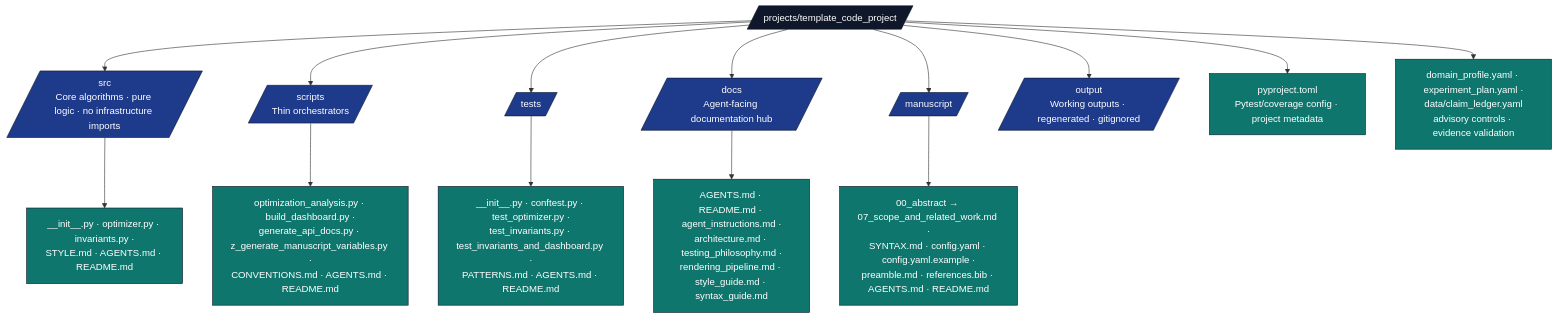
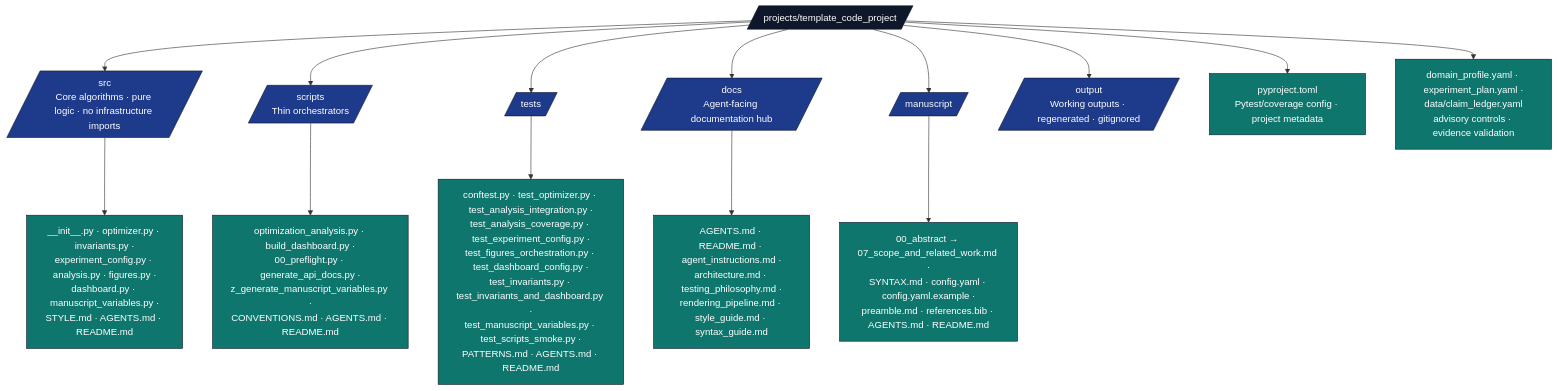
One commit to docxology/template changed the diagram in projects/template_code_project/AGENTS.md. Above: the diagram before and after it, drawn with Mermaid. The commit also changed other lines of this file and 424 other files, not shown here.

````diff
--- a/projects/template_code_project/AGENTS.md
+++ b/projects/template_code_project/AGENTS.md
@@ -50,25 +50,25 @@
 ```mermaid
 flowchart TB
     P[/projects/template_code_project/]
     P --> SRC[/src<br/>Core algorithms · pure logic · no infrastructure imports/]
     P --> SC[/scripts<br/>Thin orchestrators/]
     P --> T[/tests/]
     P --> DOCS[/docs<br/>Agent-facing documentation hub/]
     P --> M[/manuscript/]
     P --> OUT[/output<br/>Working outputs · regenerated · gitignored/]
     P --> PY[pyproject.toml<br/>Pytest/coverage config · project metadata]
     P --> DP[domain_profile.yaml · experiment_plan.yaml ·<br/>data/claim_ledger.yaml<br/>advisory controls · evidence validation]
 
-    SRC --> SRC_F[__init__.py · optimizer.py · invariants.py ·<br/>STYLE.md · AGENTS.md · README.md]
-    SC --> SC_F[optimization_analysis.py · build_dashboard.py ·<br/>generate_api_docs.py · z_generate_manuscript_variables.py ·<br/>CONVENTIONS.md · AGENTS.md · README.md]
-    T --> T_F[__init__.py · conftest.py · test_optimizer.py ·<br/>test_invariants.py · test_invariants_and_dashboard.py ·<br/>PATTERNS.md · AGENTS.md · README.md]
+    SRC --> SRC_F[__init__.py · optimizer.py · invariants.py ·<br/>experiment_config.py · analysis.py · figures.py ·<br/>dashboard.py · manuscript_variables.py ·<br/>STYLE.md · AGENTS.md · README.md]
+    SC --> SC_F[optimization_analysis.py · build_dashboard.py ·<br/>00_preflight.py · generate_api_docs.py ·<br/>z_generate_manuscript_variables.py ·<br/>CONVENTIONS.md · AGENTS.md · README.md]
+    T --> T_F[conftest.py · test_optimizer.py · test_analysis_integration.py ·<br/>test_analysis_coverage.py · test_experiment_config.py ·<br/>test_figures_orchestration.py · test_dashboard_config.py ·<br/>test_invariants.py · test_invariants_and_dashboard.py ·<br/>test_manuscript_variables.py · test_scripts_smoke.py ·<br/>PATTERNS.md · AGENTS.md · README.md]
     DOCS --> DOCS_F[AGENTS.md · README.md · agent_instructions.md ·<br/>architecture.md · testing_philosophy.md ·<br/>rendering_pipeline.md · style_guide.md · syntax_guide.md]
     M --> M_F[00_abstract → 07_scope_and_related_work.md ·<br/>SYNTAX.md · config.yaml · config.yaml.example ·<br/>preamble.md · references.bib · AGENTS.md · README.md]
 
     classDef d fill:#0f172a,stroke:#0f172a,color:#fff
     classDef pkg fill:#1e3a8a,stroke:#0f172a,color:#fff
     classDef f fill:#0f766e,stroke:#0f172a,color:#fff
     class P d
     class SRC,SC,T,DOCS,M,OUT pkg
     class SRC_F,SC_F,T_F,DOCS_F,M_F,PY,DP f
 ```
````
